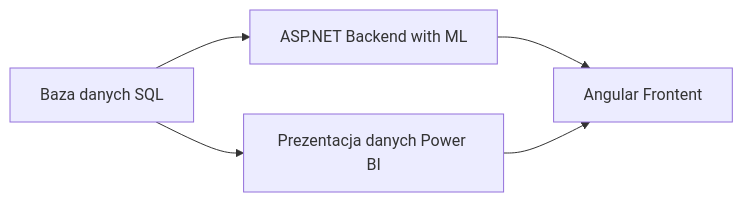
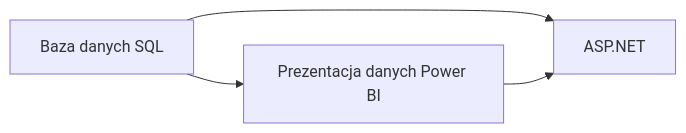
The diagram in README.md (Ch3shireDev/BigDataAnalysisWithPowerBI), drawn with Mermaid before and after one commit. The commit also changed other lines of this file and 26 other files, not shown here.

````diff
--- a/README.md
+++ b/README.md
@@ -28,7 +28,6 @@
 ```mermaid
 graph LR
-    BACKEND[ASP.NET Backend with ML] --> FRONTEND[Angular Frontent]
     SQL[Baza danych SQL] --> BACKEND
     SQL --> POWERBI[Prezentacja danych Power BI]
-    POWERBI --> FRONTEND
+    POWERBI --> BACKEND[ASP.NET]
 ```
````
